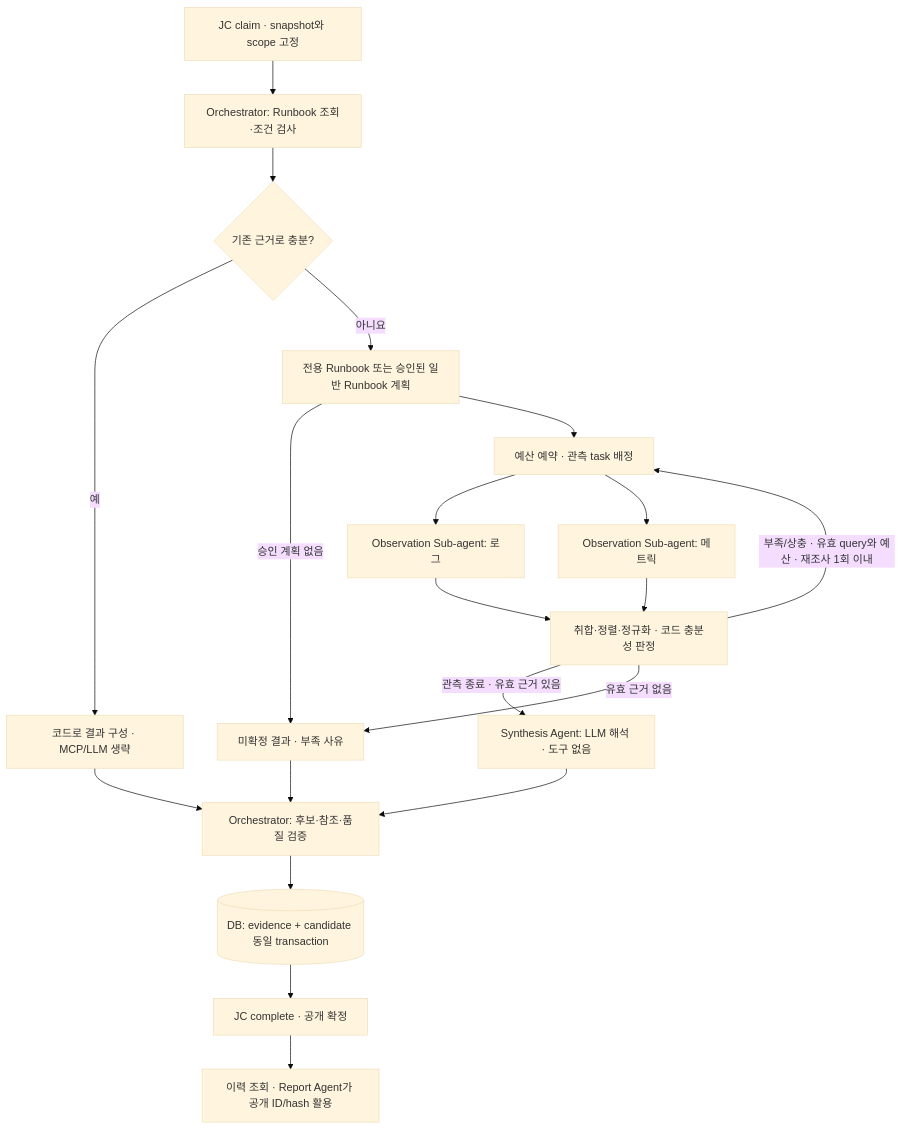
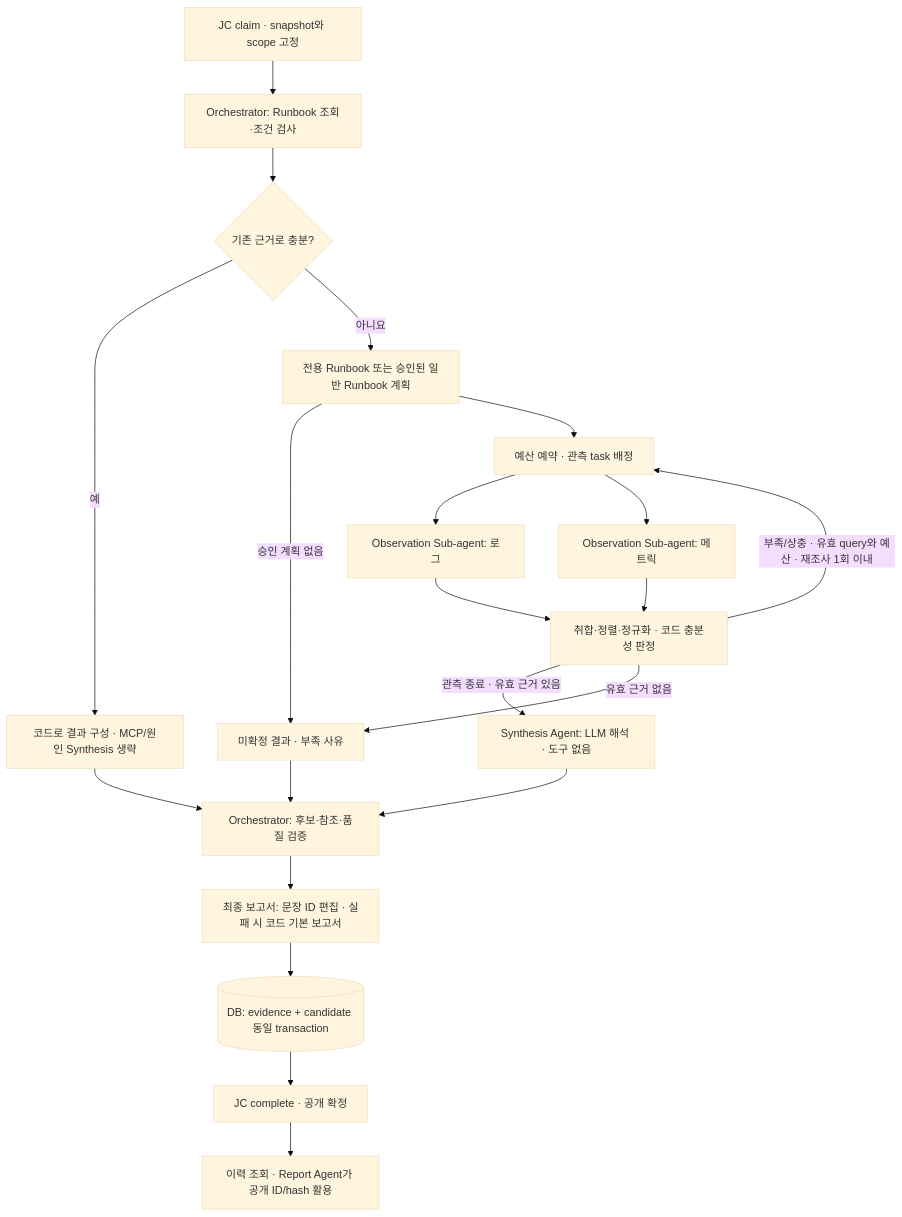
One commit to uclix-nvidia-sw/gpu-ops-advisor changed the diagram in docs/specs/rca-agent/11_RCA_Agent_모듈_설계서.md. Above: the diagram before and after it, drawn with Mermaid (base theme). The commit also changed other lines of this file and 39 other files, not shown here.

Commit message:
fix(rca): preserve usable Fleet evidence and publish final reports / Fleet 근거 처리와 최종 보고서 보완

````diff
--- a/docs/specs/rca-agent/11_RCA_Agent_모듈_설계서.md
+++ b/docs/specs/rca-agent/11_RCA_Agent_모듈_설계서.md
@@ -155,22 +169,23 @@
 ```mermaid
 flowchart TD
     A["JC claim · snapshot와 scope 고정"] --> B["Orchestrator: Runbook 조회·조건 검사"]
     B --> C{"기존 근거로 충분?"}
-    C -- "예" --> F["코드로 결과 구성 · MCP/LLM 생략"]
+    C -- "예" --> F["코드로 결과 구성 · MCP/원인 Synthesis 생략"]
     C -- "아니요" --> D["전용 Runbook 또는 승인된 일반 Runbook 계획"]
     D -- "승인 계획 없음" --> U["미확정 결과 · 부족 사유"]
     D --> E["예산 예약 · 관측 task 배정"]
     E --> L["Observation Sub-agent: 로그"]
     E --> M["Observation Sub-agent: 메트릭"]
     L --> G["취합·정렬·정규화 · 코드 충분성 판정"]
     M --> G
     G -- "부족/상충 · 유효 query와 예산 · 재조사 1회 이내" --> E
     G -- "관측 종료 · 유효 근거 있음" --> S["Synthesis Agent: LLM 해석 · 도구 없음"]
     G -- "유효 근거 없음" --> U
     S --> V["Orchestrator: 후보·참조·품질 검증"]
     F --> V
     U --> V
-    V --> H[("DB: evidence + candidate 동일 transaction")]
+    V --> N["최종 보고서: 문장 ID 편집 · 실패 시 코드 기본 보고서"]
+    N --> H[("DB: evidence + candidate 동일 transaction")]
     H --> J["JC complete · 공개 확정"]
     J --> R["이력 조회 · Report Agent가 공개 ID/hash 활용"]
 ```
````
